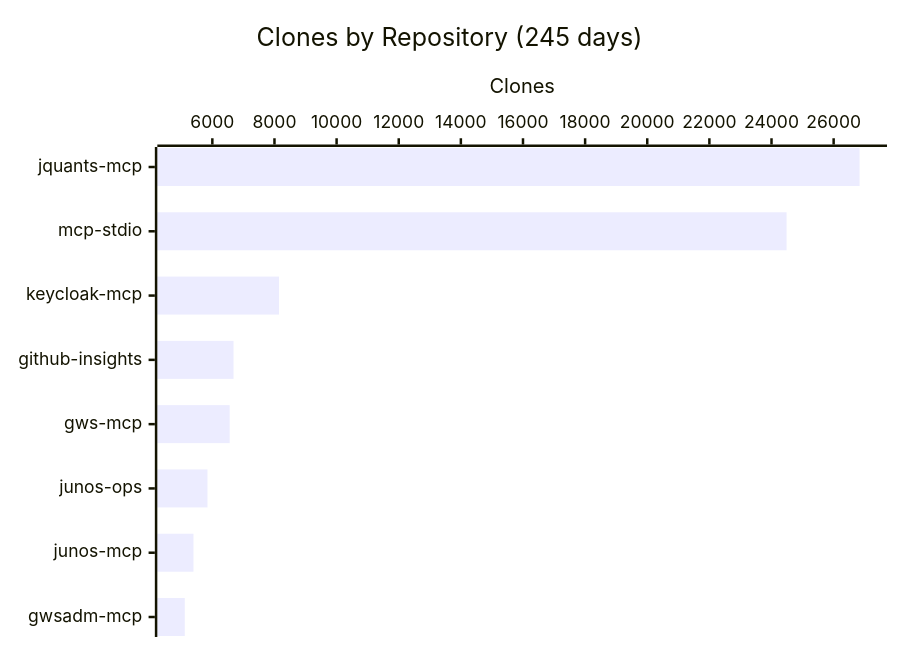
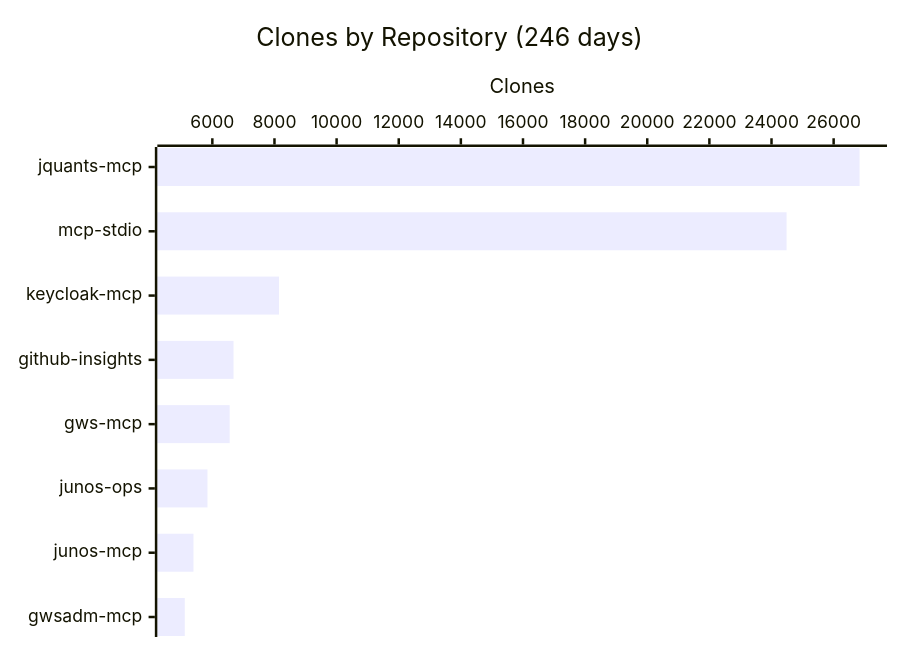
Before and after one commit to shigechika/github-insights: the fourth of 4 diagrams in README.md, drawn with Mermaid. The commit also changed other lines of this file and 1 other file, not shown here.

````diff
--- a/README.md
+++ b/README.md
@@ -58,7 +58,7 @@
 ```mermaid
 xychart-beta horizontal
-    title "Clones by Repository (245 days)"
+    title "Clones by Repository (246 days)"
     x-axis ["jquants-mcp", "mcp-stdio", "keycloak-mcp", "github-insights", "gws-mcp", "junos-ops", "junos-mcp", "gwsadm-mcp"]
     y-axis "Clones"
     bar [26835, 24485, 8147, 6682, 6558, 5844, 5392, 5112]
 ```
````
